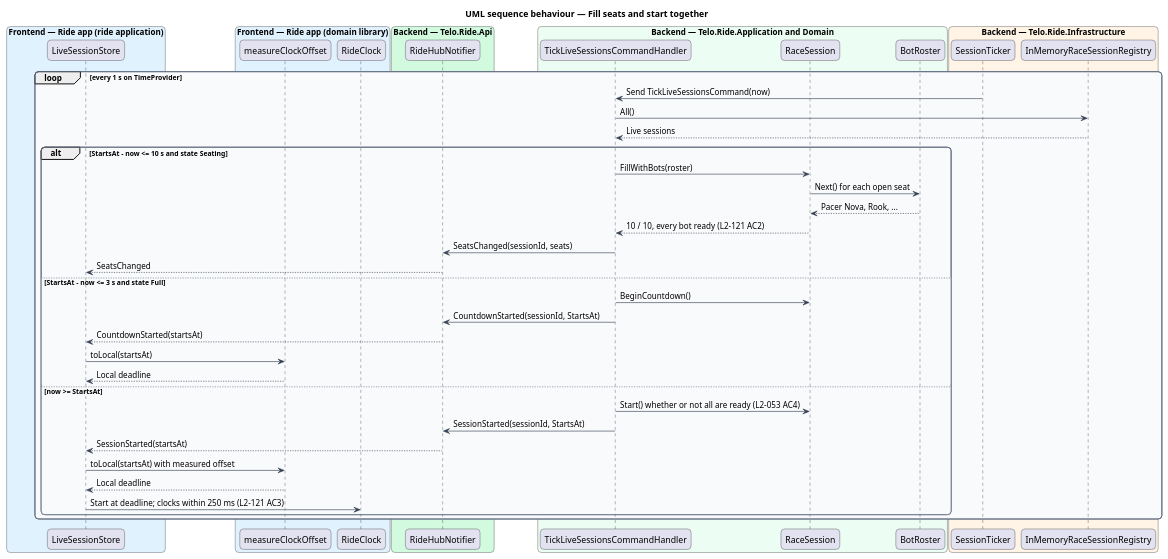
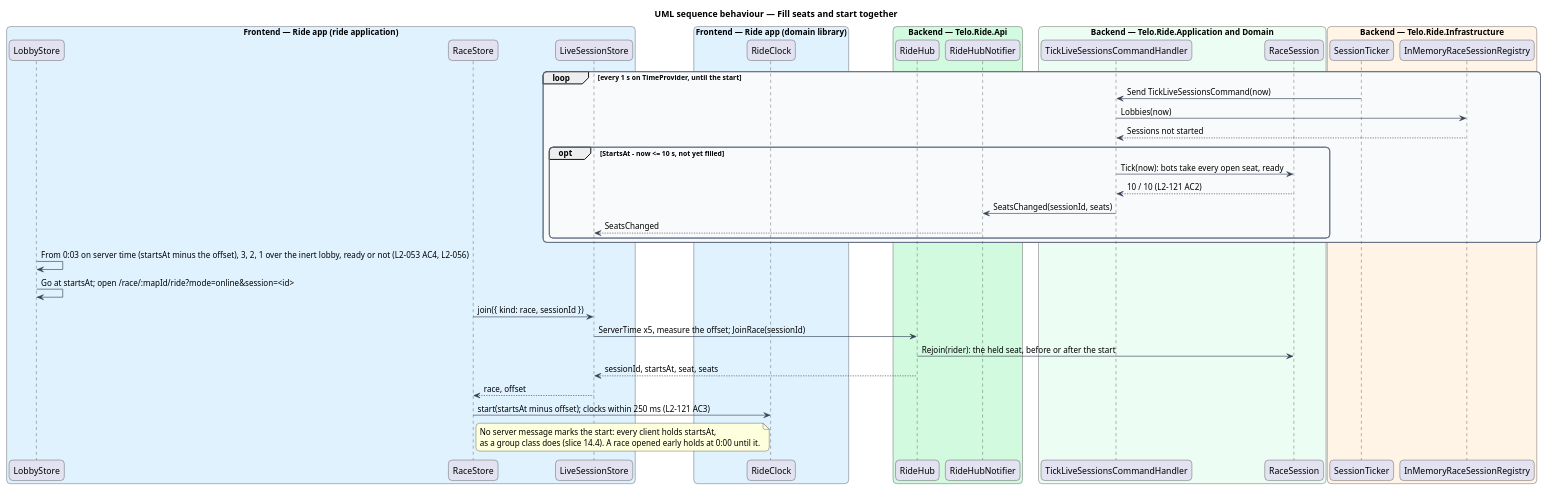
The diagram in docs/detailed-designs/multiplayer/run-a-race-session/diagrams/sequence-fill-and-start.puml (QuinntyneBrown/wattzup), drawn with PlantUML before and after one commit. The commit also changed 13 other files, not shown here.

Commit message:
Bring the race lobby and race session designs in line with slice 15.2

```diff
--- a/docs/detailed-designs/multiplayer/run-a-race-session/diagrams/sequence-fill-and-start.puml
+++ b/docs/detailed-designs/multiplayer/run-a-race-session/diagrams/sequence-fill-and-start.puml
@@ -1,62 +1,57 @@
 @startuml
 title UML sequence behaviour — Fill seats and start together
 skinparam backgroundColor #FFFFFF
 skinparam shadowing false
 skinparam roundcorner 12
 skinparam defaultFontName Arial
 skinparam ArrowColor #344054
 skinparam rectangle {
   BorderColor #344054
   FontColor #101828
 }
 skinparam package {
   BorderColor #667085
   FontColor #101828
   BackgroundColor #F9FAFB
 }
 box "Frontend — Ride app (ride application)" #E0F2FE
+  participant "LobbyStore" as lobby
+  participant "RaceStore" as race
   participant "LiveSessionStore" as store
 end box
 box "Frontend — Ride app (domain library)" #E0F2FE
-  participant "measureClockOffset" as clock
   participant "RideClock" as rideclock
 end box
 box "Backend — Telo.Ride.Api" #D1FADF
+  participant "RideHub" as hub
   participant "RideHubNotifier" as notifier
 end box
 box "Backend — Telo.Ride.Application and Domain" #ECFDF3
   participant "TickLiveSessionsCommandHandler" as tick
   participant "RaceSession" as session
-  participant "BotRoster" as roster
 end box
 box "Backend — Telo.Ride.Infrastructure" #FFF4E5
   participant "SessionTicker" as ticker
   participant "InMemoryRaceSessionRegistry" as registry
 end box
-loop every 1 s on TimeProvider
+loop every 1 s on TimeProvider, until the start
   ticker -> tick : Send TickLiveSessionsCommand(now)
-  tick -> registry : All()
-  registry --> tick : Live sessions
-  alt StartsAt - now <= 10 s and state Seating
-    tick -> session : FillWithBots(roster)
-    session -> roster : Next() for each open seat
-    roster --> session : Pacer Nova, Rook, ...
-    session --> tick : 10 / 10, every bot ready (L2-121 AC2)
+  tick -> registry : Lobbies(now)
+  registry --> tick : Sessions not started
+  opt StartsAt - now <= 10 s, not yet filled
+    tick -> session : Tick(now): bots take every open seat, ready
+    session --> tick : 10 / 10 (L2-121 AC2)
     tick -> notifier : SeatsChanged(sessionId, seats)
     notifier --> store : SeatsChanged
-  else StartsAt - now <= 3 s and state Full
-    tick -> session : BeginCountdown()
-    tick -> notifier : CountdownStarted(sessionId, StartsAt)
-    notifier --> store : CountdownStarted(startsAt)
-    store -> clock : toLocal(startsAt)
-    clock --> store : Local deadline
-  else now >= StartsAt
-    tick -> session : Start() whether or not all are ready (L2-053 AC4)
-    tick -> notifier : SessionStarted(sessionId, StartsAt)
-    notifier --> store : SessionStarted(startsAt)
-    store -> clock : toLocal(startsAt) with measured offset
-    clock --> store : Local deadline
-    store -> rideclock : Start at deadline; clocks within 250 ms (L2-121 AC3)
   end
 end
+lobby -> lobby : From 0:03 on server time (startsAt minus the offset), 3, 2, 1 over the inert lobby, ready or not (L2-053 AC4, L2-056)
+lobby -> lobby : Go at startsAt; open /race/:mapId/ride?mode=online&session=<id>
+race -> store : join({ kind: race, sessionId })
+store -> hub : ServerTime x5, measure the offset; JoinRace(sessionId)
+hub -> session : Rejoin(rider): the held seat, before or after the start
+hub --> store : sessionId, startsAt, seat, seats
+store --> race : race, offset
+race -> rideclock : start(startsAt minus offset); clocks within 250 ms (L2-121 AC3)
+note right of race : No server message marks the start: every client holds startsAt,\nas a group class does (slice 14.4). A race opened early holds at 0:00 until it.
 @enduml
```
